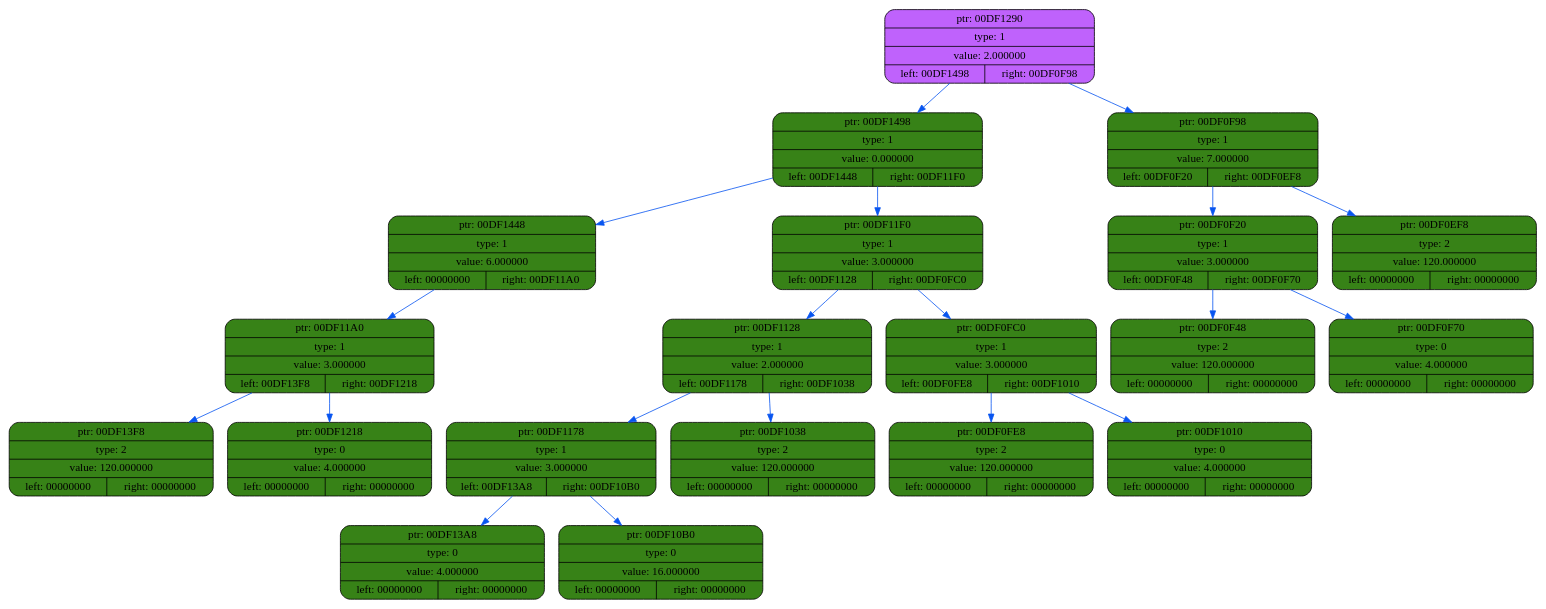
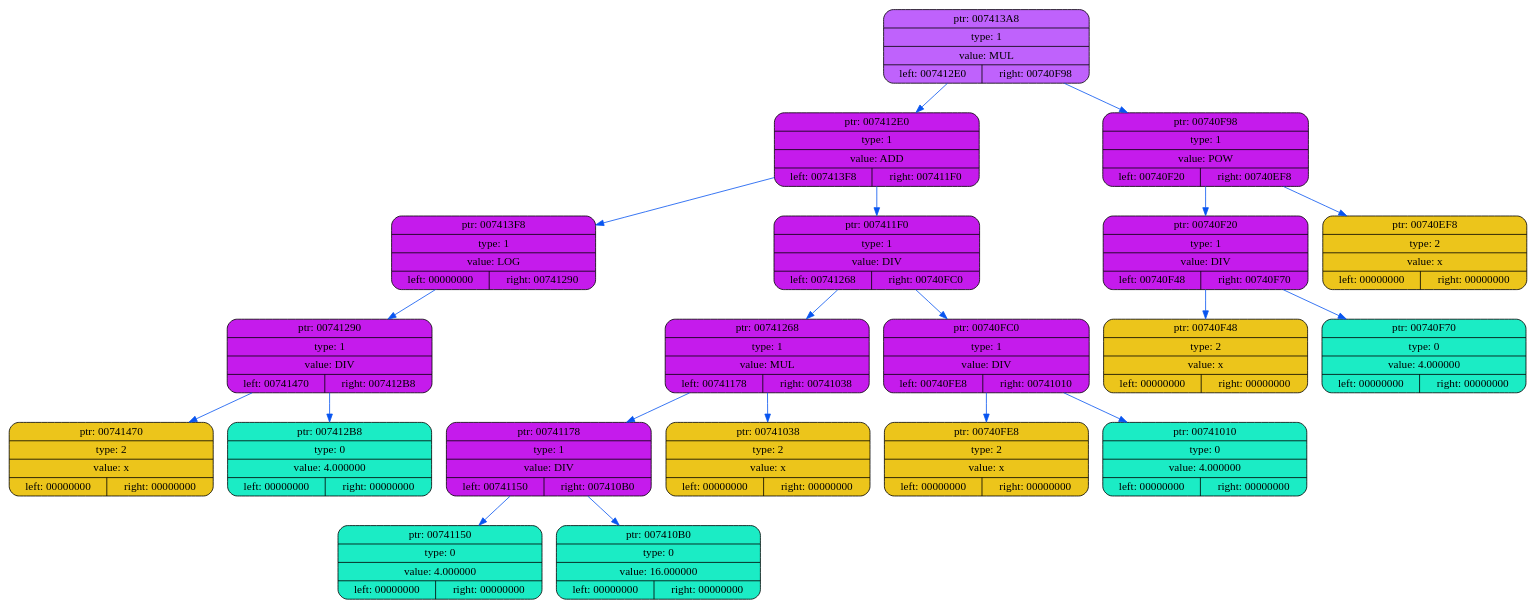
The diagram in dump/dump3.dot (coffee8cat/differentiator), drawn with Graphviz before and after one commit. The commit also changed 18 other files, not shown here.

```diff
--- a/dump/dump3.dot
+++ b/dump/dump3.dot
@@ -1,44 +1,44 @@
 digraph
 {
     rankdir=TP
 
-        node00DF1290[shape=record,style="rounded,filled",fillcolor="#BF62FC",label="{ ptr: 00DF1290 | type: 1 | value: 2.000000| { left: 00DF1498 | right: 00DF0F98 }}"];
-    node00DF1290 -> node00DF1498[color="#0855F0"]
-    node00DF1498[shape=record,style="rounded,filled",fillcolor="#378217",label="{ ptr: 00DF1498 | type: 1 | value: 0.000000| { left: 00DF1448 | right: 00DF11F0 }}"];
-    node00DF1498 -> node00DF1448[color="#0855F0"]
-    node00DF1448[shape=record,style="rounded,filled",fillcolor="#378217",label="{ ptr: 00DF1448 | type: 1 | value: 6.000000| { left: 00000000 | right: 00DF11A0 }}"];
-    node00DF1448 -> node00DF11A0[color="#0855F0"]
-    node00DF11A0[shape=record,style="rounded,filled",fillcolor="#378217",label="{ ptr: 00DF11A0 | type: 1 | value: 3.000000| { left: 00DF13F8 | right: 00DF1218 }}"];
-    node00DF11A0 -> node00DF13F8[color="#0855F0"]
-    node00DF13F8[shape=record,style="rounded,filled",fillcolor="#378217",label="{ ptr: 00DF13F8 | type: 2 | value: 120.000000| { left: 00000000 | right: 00000000 }}"];
-    node00DF11A0 -> node00DF1218[color="#0855F0"]
-    node00DF1218[shape=record,style="rounded,filled",fillcolor="#378217",label="{ ptr: 00DF1218 | type: 0 | value: 4.000000| { left: 00000000 | right: 00000000 }}"];
-    node00DF1498 -> node00DF11F0[color="#0855F0"]
-    node00DF11F0[shape=record,style="rounded,filled",fillcolor="#378217",label="{ ptr: 00DF11F0 | type: 1 | value: 3.000000| { left: 00DF1128 | right: 00DF0FC0 }}"];
-    node00DF11F0 -> node00DF1128[color="#0855F0"]
-    node00DF1128[shape=record,style="rounded,filled",fillcolor="#378217",label="{ ptr: 00DF1128 | type: 1 | value: 2.000000| { left: 00DF1178 | right: 00DF1038 }}"];
-    node00DF1128 -> node00DF1178[color="#0855F0"]
-    node00DF1178[shape=record,style="rounded,filled",fillcolor="#378217",label="{ ptr: 00DF1178 | type: 1 | value: 3.000000| { left: 00DF13A8 | right: 00DF10B0 }}"];
-    node00DF1178 -> node00DF13A8[color="#0855F0"]
-    node00DF13A8[shape=record,style="rounded,filled",fillcolor="#378217",label="{ ptr: 00DF13A8 | type: 0 | value: 4.000000| { left: 00000000 | right: 00000000 }}"];
-    node00DF1178 -> node00DF10B0[color="#0855F0"]
-    node00DF10B0[shape=record,style="rounded,filled",fillcolor="#378217",label="{ ptr: 00DF10B0 | type: 0 | value: 16.000000| { left: 00000000 | right: 00000000 }}"];
-    node00DF1128 -> node00DF1038[color="#0855F0"]
-    node00DF1038[shape=record,style="rounded,filled",fillcolor="#378217",label="{ ptr: 00DF1038 | type: 2 | value: 120.000000| { left: 00000000 | right: 00000000 }}"];
-    node00DF11F0 -> node00DF0FC0[color="#0855F0"]
-    node00DF0FC0[shape=record,style="rounded,filled",fillcolor="#378217",label="{ ptr: 00DF0FC0 | type: 1 | value: 3.000000| { left: 00DF0FE8 | right: 00DF1010 }}"];
-    node00DF0FC0 -> node00DF0FE8[color="#0855F0"]
-    node00DF0FE8[shape=record,style="rounded,filled",fillcolor="#378217",label="{ ptr: 00DF0FE8 | type: 2 | value: 120.000000| { left: 00000000 | right: 00000000 }}"];
-    node00DF0FC0 -> node00DF1010[color="#0855F0"]
-    node00DF1010[shape=record,style="rounded,filled",fillcolor="#378217",label="{ ptr: 00DF1010 | type: 0 | value: 4.000000| { left: 00000000 | right: 00000000 }}"];
-    node00DF1290 -> node00DF0F98[color="#0855F0"]
-    node00DF0F98[shape=record,style="rounded,filled",fillcolor="#378217",label="{ ptr: 00DF0F98 | type: 1 | value: 7.000000| { left: 00DF0F20 | right: 00DF0EF8 }}"];
-    node00DF0F98 -> node00DF0F20[color="#0855F0"]
-    node00DF0F20[shape=record,style="rounded,filled",fillcolor="#378217",label="{ ptr: 00DF0F20 | type: 1 | value: 3.000000| { left: 00DF0F48 | right: 00DF0F70 }}"];
-    node00DF0F20 -> node00DF0F48[color="#0855F0"]
-    node00DF0F48[shape=record,style="rounded,filled",fillcolor="#378217",label="{ ptr: 00DF0F48 | type: 2 | value: 120.000000| { left: 00000000 | right: 00000000 }}"];
-    node00DF0F20 -> node00DF0F70[color="#0855F0"]
-    node00DF0F70[shape=record,style="rounded,filled",fillcolor="#378217",label="{ ptr: 00DF0F70 | type: 0 | value: 4.000000| { left: 00000000 | right: 00000000 }}"];
-    node00DF0F98 -> node00DF0EF8[color="#0855F0"]
-    node00DF0EF8[shape=record,style="rounded,filled",fillcolor="#378217",label="{ ptr: 00DF0EF8 | type: 2 | value: 120.000000| { left: 00000000 | right: 00000000 }}"];
+        node007413A8[shape=record,style="rounded,filled",fillcolor="#BF62FC",label="{ ptr: 007413A8 | type: 1 | value: MUL| { left: 007412E0 | right: 00740F98 }}"];
+    node007413A8 -> node007412E0[color="#0855F0"]
+    node007412E0[shape=record,style="rounded,filled",fillcolor="#C51BEC",label="{ ptr: 007412E0 | type: 1 | value: ADD| { left: 007413F8 | right: 007411F0 }}"];
+    node007412E0 -> node007413F8[color="#0855F0"]
+    node007413F8[shape=record,style="rounded,filled",fillcolor="#C51BEC",label="{ ptr: 007413F8 | type: 1 | value: LOG| { left: 00000000 | right: 00741290 }}"];
+    node007413F8 -> node00741290[color="#0855F0"]
+    node00741290[shape=record,style="rounded,filled",fillcolor="#C51BEC",label="{ ptr: 00741290 | type: 1 | value: DIV| { left: 00741470 | right: 007412B8 }}"];
+    node00741290 -> node00741470[color="#0855F0"]
+    node00741470[shape=record,style="rounded,filled",fillcolor="#ECC51B",label="{ ptr: 00741470 | type: 2 | value: x| { left: 00000000 | right: 00000000 }}"];
+    node00741290 -> node007412B8[color="#0855F0"]
+    node007412B8[shape=record,style="rounded,filled",fillcolor="#1BECC5",label="{ ptr: 007412B8 | type: 0 | value: 4.000000| { left: 00000000 | right: 00000000 }}"];
+    node007412E0 -> node007411F0[color="#0855F0"]
+    node007411F0[shape=record,style="rounded,filled",fillcolor="#C51BEC",label="{ ptr: 007411F0 | type: 1 | value: DIV| { left: 00741268 | right: 00740FC0 }}"];
+    node007411F0 -> node00741268[color="#0855F0"]
+    node00741268[shape=record,style="rounded,filled",fillcolor="#C51BEC",label="{ ptr: 00741268 | type: 1 | value: MUL| { left: 00741178 | right: 00741038 }}"];
+    node00741268 -> node00741178[color="#0855F0"]
+    node00741178[shape=record,style="rounded,filled",fillcolor="#C51BEC",label="{ ptr: 00741178 | type: 1 | value: DIV| { left: 00741150 | right: 007410B0 }}"];
+    node00741178 -> node00741150[color="#0855F0"]
+    node00741150[shape=record,style="rounded,filled",fillcolor="#1BECC5",label="{ ptr: 00741150 | type: 0 | value: 4.000000| { left: 00000000 | right: 00000000 }}"];
+    node00741178 -> node007410B0[color="#0855F0"]
+    node007410B0[shape=record,style="rounded,filled",fillcolor="#1BECC5",label="{ ptr: 007410B0 | type: 0 | value: 16.000000| { left: 00000000 | right: 00000000 }}"];
+    node00741268 -> node00741038[color="#0855F0"]
+    node00741038[shape=record,style="rounded,filled",fillcolor="#ECC51B",label="{ ptr: 00741038 | type: 2 | value: x| { left: 00000000 | right: 00000000 }}"];
+    node007411F0 -> node00740FC0[color="#0855F0"]
+    node00740FC0[shape=record,style="rounded,filled",fillcolor="#C51BEC",label="{ ptr: 00740FC0 | type: 1 | value: DIV| { left: 00740FE8 | right: 00741010 }}"];
+    node00740FC0 -> node00740FE8[color="#0855F0"]
+    node00740FE8[shape=record,style="rounded,filled",fillcolor="#ECC51B",label="{ ptr: 00740FE8 | type: 2 | value: x| { left: 00000000 | right: 00000000 }}"];
+    node00740FC0 -> node00741010[color="#0855F0"]
+    node00741010[shape=record,style="rounded,filled",fillcolor="#1BECC5",label="{ ptr: 00741010 | type: 0 | value: 4.000000| { left: 00000000 | right: 00000000 }}"];
+    node007413A8 -> node00740F98[color="#0855F0"]
+    node00740F98[shape=record,style="rounded,filled",fillcolor="#C51BEC",label="{ ptr: 00740F98 | type: 1 | value: POW| { left: 00740F20 | right: 00740EF8 }}"];
+    node00740F98 -> node00740F20[color="#0855F0"]
+    node00740F20[shape=record,style="rounded,filled",fillcolor="#C51BEC",label="{ ptr: 00740F20 | type: 1 | value: DIV| { left: 00740F48 | right: 00740F70 }}"];
+    node00740F20 -> node00740F48[color="#0855F0"]
+    node00740F48[shape=record,style="rounded,filled",fillcolor="#ECC51B",label="{ ptr: 00740F48 | type: 2 | value: x| { left: 00000000 | right: 00000000 }}"];
+    node00740F20 -> node00740F70[color="#0855F0"]
+    node00740F70[shape=record,style="rounded,filled",fillcolor="#1BECC5",label="{ ptr: 00740F70 | type: 0 | value: 4.000000| { left: 00000000 | right: 00000000 }}"];
+    node00740F98 -> node00740EF8[color="#0855F0"]
+    node00740EF8[shape=record,style="rounded,filled",fillcolor="#ECC51B",label="{ ptr: 00740EF8 | type: 2 | value: x| { left: 00000000 | right: 00000000 }}"];
 }
```
